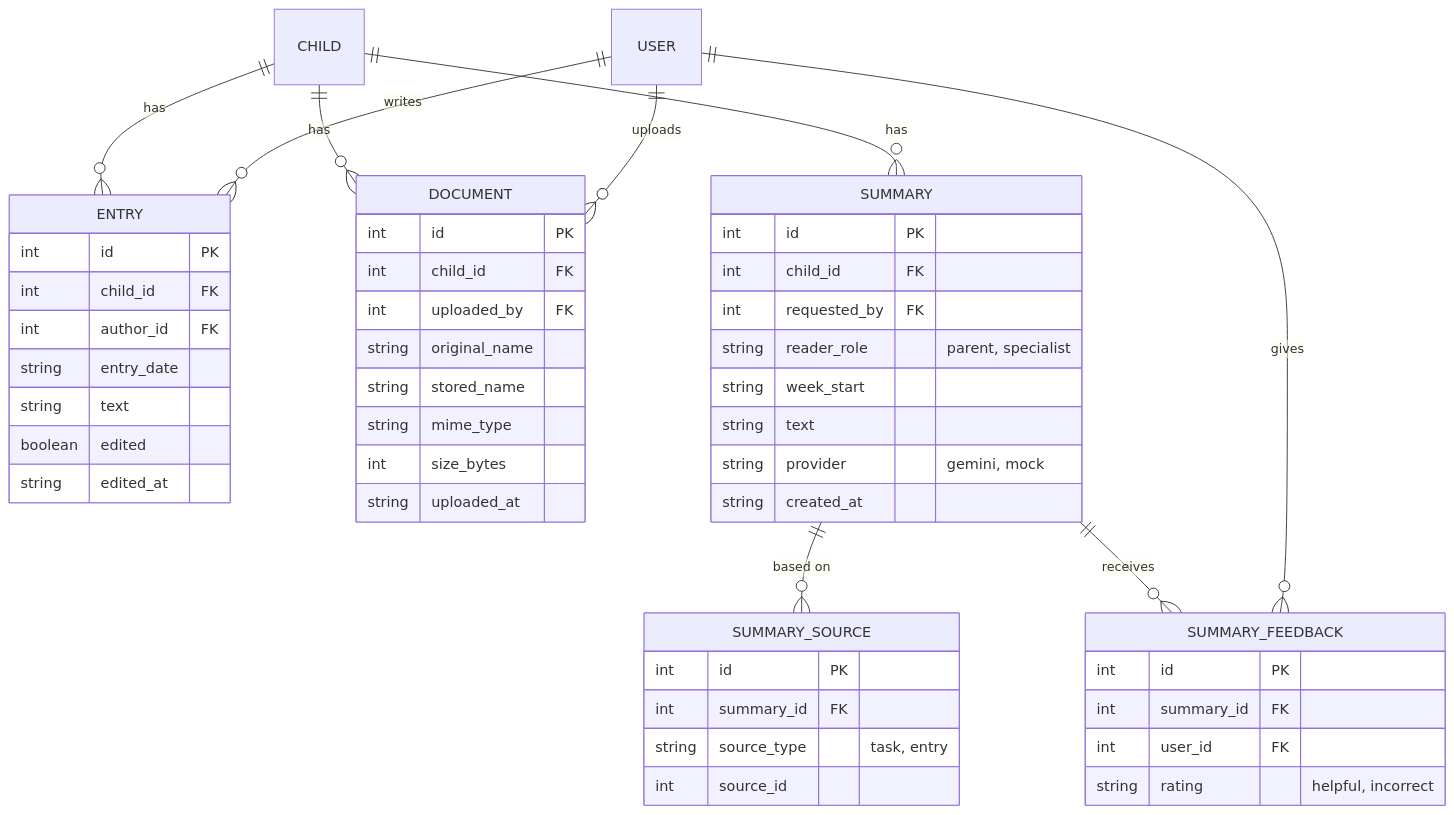
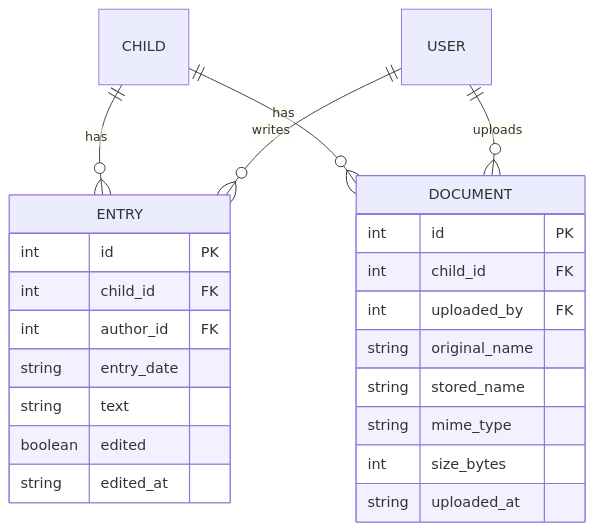
Before and after one commit to Alsoren/child-development-platform: the third of 7 diagrams in docs/SDD.md, drawn with Mermaid. The commit also changed 19 other files, not shown here.

Commit message:
SCRUM-68 add summary feedback endpoint and AI summary card with label, sources and feedback

````diff
--- a/docs/SDD.md
+++ b/docs/SDD.md
@@ -128,53 +158,27 @@
 ```mermaid
 erDiagram
     CHILD ||--o{ ENTRY : has
     USER ||--o{ ENTRY : writes
     CHILD ||--o{ DOCUMENT : has
     USER ||--o{ DOCUMENT : uploads
-    CHILD ||--o{ SUMMARY : has
-    SUMMARY ||--o{ SUMMARY_SOURCE : "based on"
-    SUMMARY ||--o{ SUMMARY_FEEDBACK : receives
-    USER ||--o{ SUMMARY_FEEDBACK : gives
 
     ENTRY {
         int id PK
         int child_id FK
         int author_id FK
         string entry_date
         string text
         boolean edited
         string edited_at
     }
     DOCUMENT {
         int id PK
         int child_id FK
         int uploaded_by FK
         string original_name
         string stored_name
         string mime_type
         int size_bytes
         string uploaded_at
     }
-    SUMMARY {
-        int id PK
-        int child_id FK
-        int requested_by FK
-        string reader_role "parent, specialist"
-        string week_start
-        string text
-        string provider "gemini, mock"
-        string created_at
-    }
-    SUMMARY_SOURCE {
-        int id PK
-        int summary_id FK
-        string source_type "task, entry"
-        int source_id
-    }
-    SUMMARY_FEEDBACK {
-        int id PK
-        int summary_id FK
-        int user_id FK
-        string rating "helpful, incorrect"
-    }
 ```
````
